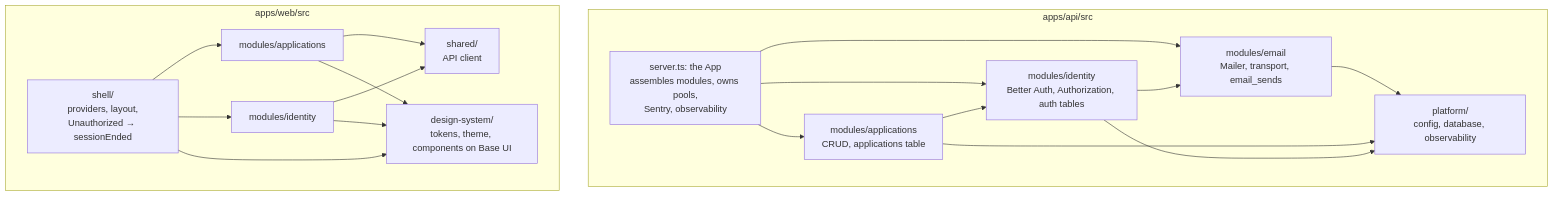
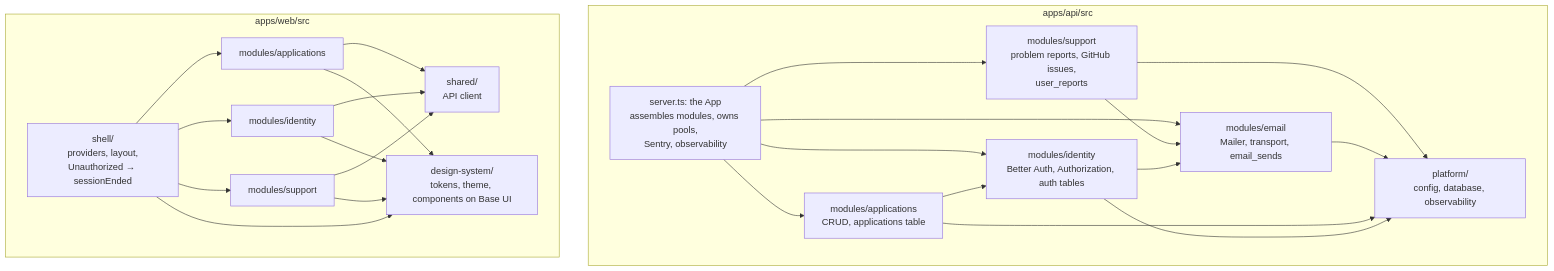
The second of 8 diagrams in docs/architecture.md (brianpatterson/roundtable), drawn with Mermaid before and after one commit. The commit also changed other lines of this file and 6 other files, not shown here.

Commit message:
docs: ADR-0037 for problem reports, architecture, token setup and env

````diff
--- a/docs/architecture.md
+++ b/docs/architecture.md
@@ -72,18 +73,21 @@
 ```mermaid
 flowchart TB
   subgraph api[apps/api/src]
-    server[server.ts: the App<br/>assembles modules, owns pools,<br/>Sentry, observability] --> applications & identity & email
+    server[server.ts: the App<br/>assembles modules, owns pools,<br/>Sentry, observability] --> applications & identity & email & support
     applications[modules/applications<br/>CRUD, applications table] --> identity
+    support[modules/support<br/>problem reports, GitHub issues,<br/>user_reports] --> email
+    support --> platform
     identity[modules/identity<br/>Better Auth, Authorization, auth tables] --> email
     email[modules/email<br/>Mailer, transport, email_sends] --> platform
     applications --> platform
     identity --> platform
     platform[platform/<br/>config, database, observability]
   end
   subgraph web[apps/web/src]
-    shell[shell/<br/>providers, layout,<br/>Unauthorized → sessionEnded] --> wapps[modules/applications] & wid[modules/identity]
+    shell[shell/<br/>providers, layout,<br/>Unauthorized → sessionEnded] --> wapps[modules/applications] & wid[modules/identity] & wsup[modules/support]
     wapps --> wshared[shared/<br/>API client]
     wid --> wshared
-    shell & wapps & wid --> ds[design-system/<br/>tokens, theme, components on Base UI]
+    wsup --> wshared
+    shell & wapps & wid & wsup --> ds[design-system/<br/>tokens, theme, components on Base UI]
   end
 ```
````
